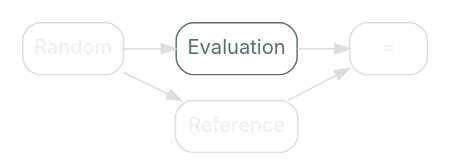
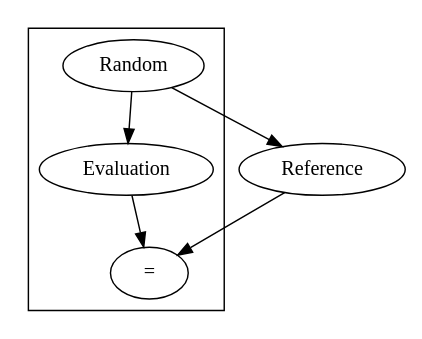
Before and after one commit to nrinaudo/much-ado-about-testing: the diagram in src/graphviz/oracle_evaluation.dot, drawn with Graphviz. The commit also changed 98 other files, not shown here.

Commit message:
Use graphviz stylesheets

```diff
--- a/src/graphviz/oracle_evaluation.dot
+++ b/src/graphviz/oracle_evaluation.dot
@@ -1,22 +1,14 @@
 digraph {
-    bgcolor=transparent
-    rankdir=LR
-
-    // Default theme: enabled
-    node[shape="rectangle" style="rounded,filled" color="#586E75" fillcolor="#ffffff" fontcolor="#586E75" fontname="Inter,Arial"]
-    edge[color="#586E75" fontcolor="#000000" fontname="Inter,Arial" fontsize=11]
-
     subgraph cluster_0 {
-        color=transparent
-        Input[label="Random" color="#dddddd" fontcolor="#eeeeee"]
+        Input[label="Random" class="disabled"]
         Evaluation
-        Analysis[label="=" color="#dddddd" fontcolor="#eeeeee"]
+        Analysis[label="=" class="disabled"]
     }
 
-    Reference[color="#dddddd" fontcolor="#eeeeee"]
+    Reference[class="disabled"]
 
-    Input -> Evaluation[color="#dddddd"]
-    Evaluation -> Analysis[color="#dddddd"]
-    Input -> Reference[color="#dddddd"]
-    Reference -> Analysis[color="#dddddd"]
+    Input -> Evaluation[class="disabled"]
+    Evaluation -> Analysis[class="disabled"]
+    Input -> Reference[class="disabled"]
+    Reference -> Analysis[class="disabled"]
 }
```
